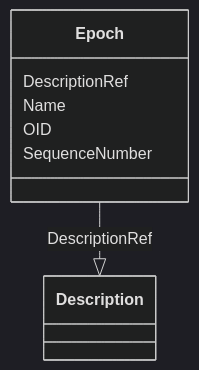
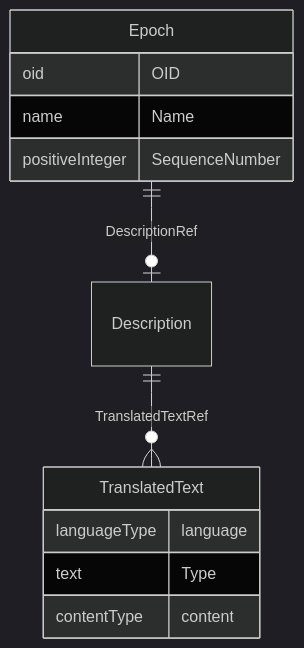
Before and after one commit to cdisc-org/DataExchange-ODM-LinkML: the diagram in docs/Epoch.md, drawn with Mermaid (dark theme). The commit also changed other lines of this file and 181 other files, not shown here.

Commit message:
ER diagrams working via templates and removing names with underscores

````diff
--- a/docs/Epoch.md
+++ b/docs/Epoch.md
@@ -14,15 +11,20 @@
 ```mermaid
- classDiagram
-    class Epoch
-      Epoch : DescriptionRef
-        
-          Epoch --|> Description : DescriptionRef
-        
-      Epoch : Name
-        
-      Epoch : OID
-        
-      Epoch : SequenceNumber
-        
-      
+erDiagram
+Epoch {
+    oid OID  
+    name Name  
+    positiveInteger SequenceNumber  
+}
+Description {
+
+}
+TranslatedText {
+    languageType language  
+    text Type  
+    contentType content  
+}
+
+Epoch ||--|o Description : "DescriptionRef"
+Description ||--}o TranslatedText : "TranslatedTextRef"
+
 ```
````
